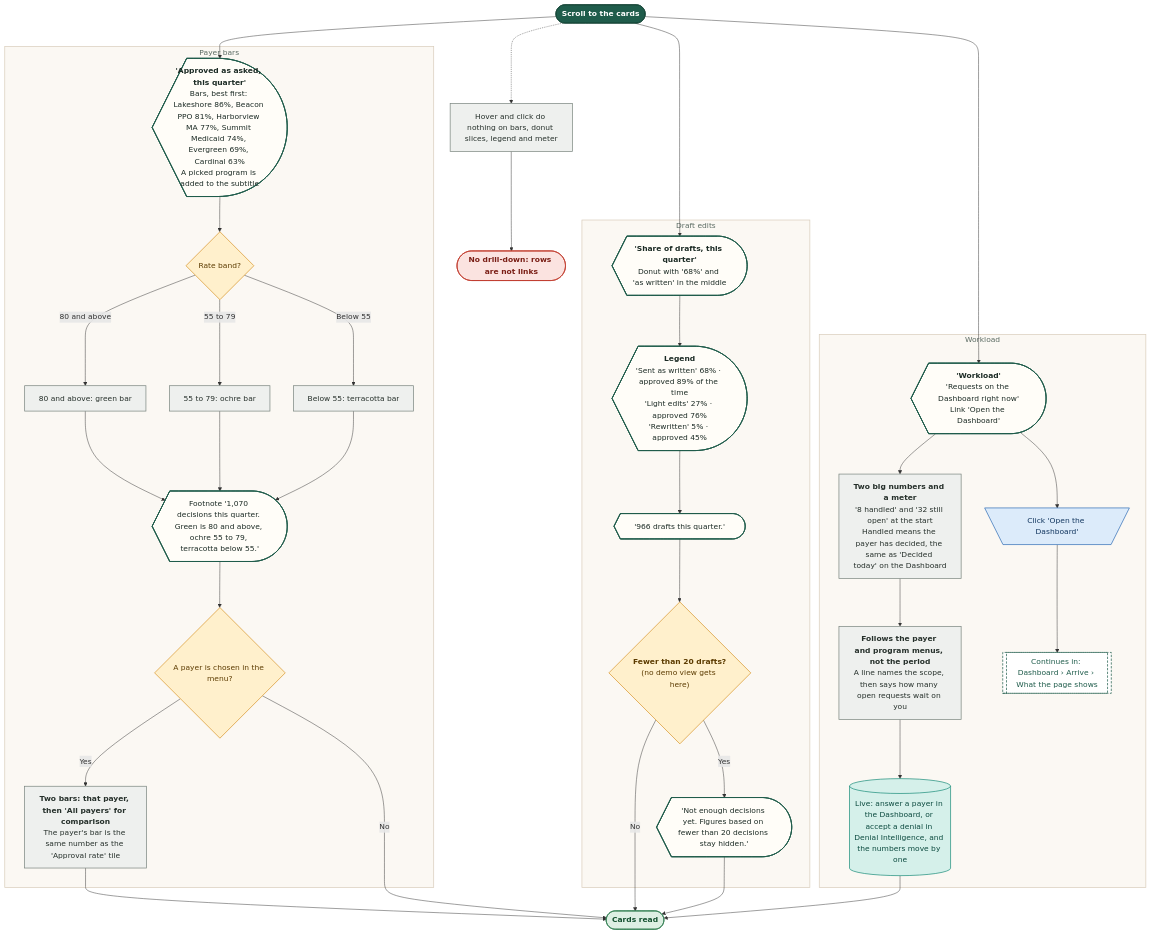
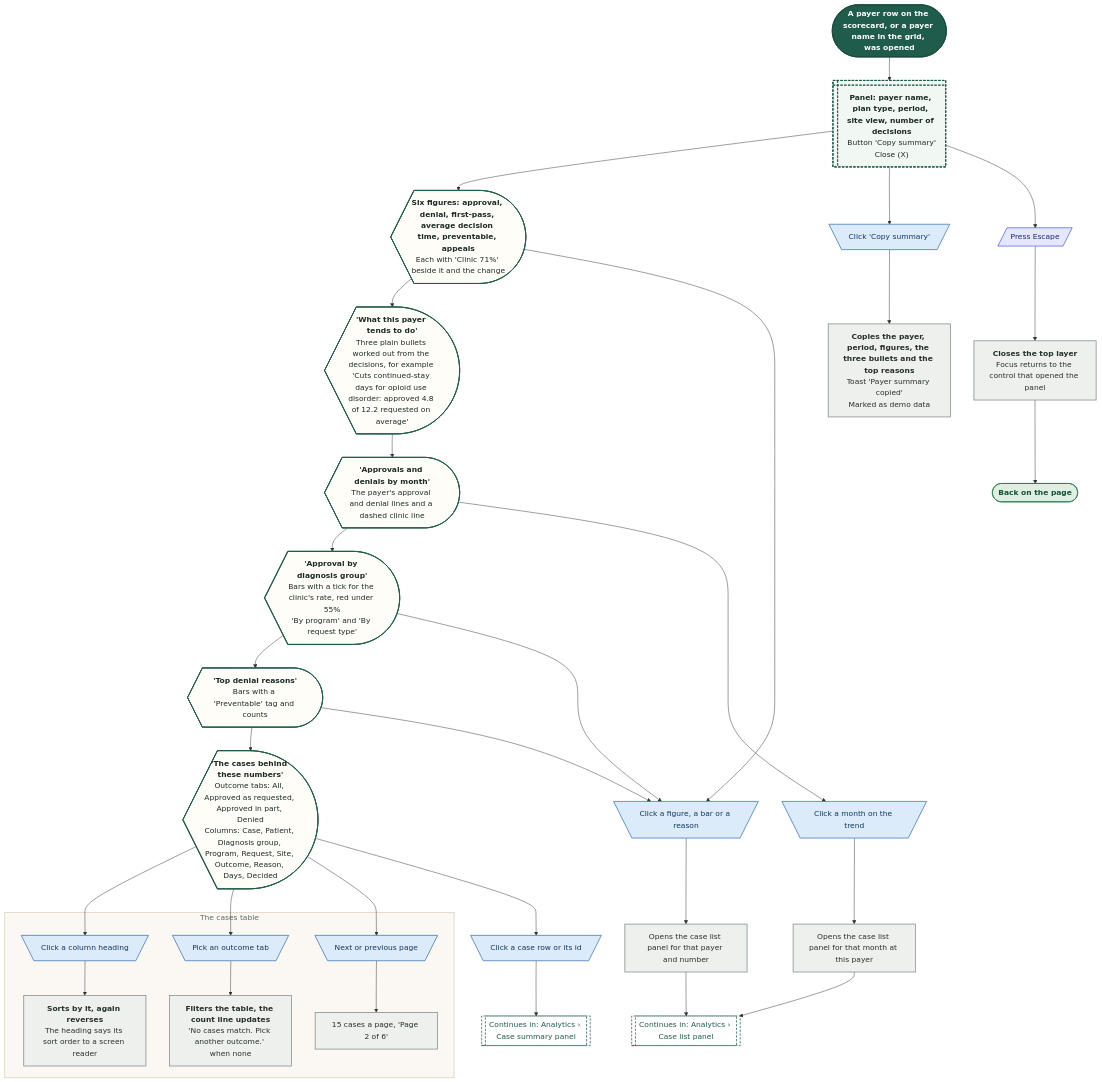
Before and after one commit to Shrav143/psyfloapp: the sixth of 18 diagrams in demos/prior-auth-demo/workflows/out/md/08-analytics.md, drawn with Mermaid. The commit also changed other lines of this file and 251 other files, not shown here.

First line of the commit message:
docs: rebuild the workflow diagrams (291) for round 4

````diff
--- a/demos/prior-auth-demo/workflows/out/md/08-analytics.md
+++ b/demos/prior-auth-demo/workflows/out/md/08-analytics.md
@@ -373,75 +349,66 @@
 ```mermaid
 %%{init: {"theme":"base","themeVariables":{"fontFamily":"'DM Sans', 'Segoe UI', system-ui, sans-serif","fontSize":"15px","lineColor":"#5B6B63","primaryTextColor":"#1C2B25","clusterBkg":"#FBF8F3","clusterBorder":"#D9CDBB","edgeLabelBackground":"#FFFFFF"},"flowchart":{"curve":"basis","nodeSpacing":36,"rankSpacing":48,"padding":12,"htmlLabels":true,"useMaxWidth":false,"wrappingWidth":230}} }%%
 flowchart TD
   classDef k_start fill:#1F5C4B,stroke:#174638,color:#FFFFFF,stroke-width:1.5px,font-weight:600
   classDef k_end fill:#DDEFE3,stroke:#2E7D4F,color:#14502F,stroke-width:1.5px,font-weight:600
   classDef k_endx fill:#FBE3E0,stroke:#C0392B,color:#7A1F16,stroke-width:1.5px,font-weight:600
   classDef k_screen fill:#FFFDF8,stroke:#1F5C4B,color:#1C2B25,stroke-width:2px
   classDef k_overlay fill:#F1F7F3,stroke:#1F5C4B,color:#1C2B25,stroke-width:2px,stroke-dasharray:5 3
   classDef k_click fill:#DCEBFA,stroke:#2F6DB5,color:#12365F,stroke-width:1.5px
   classDef k_input fill:#E4E7FF,stroke:#4C5FD5,color:#1D2670,stroke-width:1.5px
   classDef k_process fill:#EEF0EE,stroke:#7A857F,color:#26302B,stroke-width:1.5px
   classDef k_agent fill:#EEE5FA,stroke:#7A4FC2,color:#341A63,stroke-width:1.5px
   classDef k_decision fill:#FFF0CC,stroke:#D9962B,color:#5C3B00,stroke-width:1.5px
   classDef k_store fill:#D5F0EA,stroke:#1C8E7B,color:#0B4A3F,stroke-width:1.5px
   classDef k_doc fill:#F6E9DC,stroke:#B07A4C,color:#4A2E14,stroke-width:1.5px
   classDef k_ext fill:#FFE6D2,stroke:#E07B39,color:#6B2F06,stroke-width:1.5px
   classDef k_wait fill:#E4E8EE,stroke:#6B7C93,color:#26303D,stroke-width:1.5px
   classDef k_toast fill:#FFF9DB,stroke:#C9A400,color:#5A4A00,stroke-width:1.5px
   classDef k_goto fill:#FFFFFF,stroke:#1F5C4B,color:#1F5C4B,stroke-width:1.5px,stroke-dasharray:5 3
-  s1@{ shape: stadium, label: "Scroll to the cards" }
-  subgraph gBars ["Payer bars"]
-  b1@{ shape: curv-trap, label: "<b>'Approved as asked, this quarter'</b><br/>Bars, best first: Lakeshore 86%, Beacon PPO 81%, Harborview MA 77%, Summit Medicaid 74%, Evergreen 69%, Cardinal 63%<br/>A picked program is added to the subtitle" }
-  b2@{ shape: diam, label: "Rate band?" }
-  b3@{ shape: rect, label: "80 and above: green bar" }
-  b4@{ shape: rect, label: "55 to 79: ochre bar" }
-  b5@{ shape: rect, label: "Below 55: terracotta bar" }
-  b6@{ shape: curv-trap, label: "Footnote '1,070 decisions this quarter. Green is 80 and above, ochre 55 to 79, terracotta below 55.'" }
-  b7@{ shape: diam, label: "A payer is chosen in the menu?" }
-  b8@{ shape: rect, label: "<b>Two bars: that payer, then 'All payers' for comparison</b><br/>The payer's bar is the same number as the 'Approval rate' tile" }
+  s1@{ shape: stadium, label: "A payer row on the scorecard, or a payer name in the grid, was opened" }
+  o1@{ shape: win-pane, label: "<b>Panel: payer name, plan type, period, site view, number of decisions</b><br/>Button 'Copy summary'<br/>Close (X)" }
+  a1@{ shape: curv-trap, label: "<b>Six figures: approval, denial, first-pass, average decision time, preventable, appeals</b><br/>Each with 'Clinic 71%' beside it and the change" }
+  a2@{ shape: curv-trap, label: "<b>'What this payer tends to do'</b><br/>Three plain bullets worked out from the decisions, for example 'Cuts continued-stay days for opioid use disorder: approved 4.8 of 12.2 requested on average'" }
+  a3@{ shape: curv-trap, label: "<b>'Approvals and denials by month'</b><br/>The payer's approval and denial lines and a dashed clinic line" }
+  a4@{ shape: curv-trap, label: "<b>'Approval by diagnosis group'</b><br/>Bars with a tick for the clinic's rate, red under 55%<br/>'By program' and 'By request type'" }
+  a5@{ shape: curv-trap, label: "<b>'Top denial reasons'</b><br/>Bars with a 'Preventable' tag and counts" }
+  a6@{ shape: curv-trap, label: "<b>'The cases behind these numbers'</b><br/>Outcome tabs: All, Approved as requested, Approved in part, Denied<br/>Columns: Case, Patient, Diagnosis group, Program, Request, Site, Outcome, Reason, Days, Decided" }
+  c1@{ shape: trap-t, label: "Click a figure, a bar or a reason" }
+  p1@{ shape: rect, label: "Opens the case list panel for that payer and number" }
+  g1@{ shape: subproc, label: "Continues in: Analytics › Case list panel" }
+  c2@{ shape: trap-t, label: "Click a month on the trend" }
+  p2@{ shape: rect, label: "Opens the case list panel for that month at this payer" }
+  subgraph gTable ["The cases table"]
+  t1@{ shape: trap-t, label: "Click a column heading" }
+  t2@{ shape: rect, label: "<b>Sorts by it, again reverses</b><br/>The heading says its sort order to a screen reader" }
+  t3@{ shape: trap-t, label: "Pick an outcome tab" }
+  t4@{ shape: rect, label: "<b>Filters the table, the count line updates</b><br/>'No cases match. Pick another outcome.' when none" }
+  t5@{ shape: trap-t, label: "Next or previous page" }
+  t6@{ shape: rect, label: "15 cases a page, 'Page 2 of 6'" }
   end
-  subgraph gEdit ["Draft edits"]
-  d1@{ shape: curv-trap, label: "<b>'Share of drafts, this quarter'</b><br/>Donut with '68%' and 'as written' in the middle" }
-  d2@{ shape: curv-trap, label: "<b>Legend</b><br/>'Sent as written' 68% · approved 89% of the time<br/>'Light edits' 27% · approved 76%<br/>'Rewritten' 5% · approved 45%" }
-  d3@{ shape: curv-trap, label: "'966 drafts this quarter.'" }
-  d4@{ shape: diam, label: "<b>Fewer than 20 drafts?</b><br/>(no demo view gets here)" }
-  d5@{ shape: curv-trap, label: "'Not enough decisions yet. Figures based on fewer than 20 decisions stay hidden.'" }
-  end
-  subgraph gWork ["Workload"]
-  h1@{ shape: curv-trap, label: "<b>'Workload'</b><br/>'Requests on the Dashboard right now'<br/>Link 'Open the Dashboard'" }
-  h2@{ shape: rect, label: "<b>Two big numbers and a meter</b><br/>'8 handled' and '32 still open' at the start<br/>Handled means the payer has decided, the same as 'Decided today' on the Dashboard" }
-  h3@{ shape: rect, label: "<b>Follows the payer and program menus, not the period</b><br/>A line names the scope, then says how many open requests wait on you" }
-  h4@{ shape: cyl, label: "Live: answer a payer in the Dashboard, or accept a denial in Denial Intelligence, and the numbers move by one" }
-  h5@{ shape: trap-t, label: "Click 'Open the Dashboard'" }
-  h6@{ shape: subproc, label: "Continues in: Dashboard › Arrive › What the page shows" }
-  end
-  p1@{ shape: rect, label: "Hover and click do nothing on bars, donut slices, legend and meter" }
-  e1@{ shape: stadium, label: "Cards read" }
-  e2@{ shape: stadium, label: "No drill-down: rows are not links" }
-  s1 --> b1 & d1 & h1
-  b1 --> b2
-  b2 -->|"80 and above"| b3 --> b6
-  b2 -->|"55 to 79"| b4 --> b6
-  b2 -->|"Below 55"| b5 --> b6
-  b6 --> b7
-  b7 -->|"Yes"| b8 --> e1
-  b7 -->|"No"| e1
-  d1 --> d2 --> d3 --> d4
-  d4 -->|"No"| e1
-  d4 -->|"Yes"| d5 --> e1
-  h1 --> h2 --> h3 --> h4 --> e1
-  h1 --> h5 --> h6
-  s1 -.-> p1 --> e2
+  c3@{ shape: trap-t, label: "Click a case row or its id" }
+  g2@{ shape: subproc, label: "Continues in: Analytics › Case summary panel" }
+  b1@{ shape: trap-t, label: "Click 'Copy summary'" }
+  b2@{ shape: rect, label: "<b>Copies the payer, period, figures, the three bullets and the top reasons</b><br/>Toast 'Payer summary copied'<br/>Marked as demo data" }
+  k1@{ shape: lean-r, label: "Press Escape" }
+  k2@{ shape: rect, label: "<b>Closes the top layer</b><br/>Focus returns to the control that opened the panel" }
+  e1@{ shape: stadium, label: "Back on the page" }
+  s1 --> o1 --> a1 --> a2 --> a3 --> a4 --> a5 --> a6
+  a1 & a4 & a5 --> c1 --> p1 --> g1
+  a3 --> c2 --> p2 --> g1
+  a6 --> t1 --> t2
+  a6 --> t3 --> t4
+  a6 --> t5 --> t6
+  a6 --> c3 --> g2
+  o1 --> b1 --> b2
+  o1 --> k1 --> k2 --> e1
   class s1 k_start
-  class b1,b6,d1,d2,d3,d5,h1 k_screen
-  class b2,b7,d4 k_decision
-  class b3,b4,b5,b8,h2,h3,p1 k_process
-  class h4 k_store
-  class h5 k_click
-  class h6 k_goto
+  class o1 k_overlay
+  class a1,a2,a3,a4,a5,a6 k_screen
+  class c1,c2,t1,t3,t5,c3,b1 k_click
+  class p1,p2,t2,t4,t6,b2,k2 k_process
+  class g1,g2 k_goto
+  class k1 k_input
   class e1 k_end
-  class e2 k_endx
-  style gBars fill:#FBF8F3,stroke:#D9CDBB,stroke-width:1.5px,color:#5B6B63
-  style gEdit fill:#FBF8F3,stroke:#D9CDBB,stroke-width:1.5px,color:#5B6B63
-  style gWork fill:#FBF8F3,stroke:#D9CDBB,stroke-width:1.5px,color:#5B6B63
+  style gTable fill:#FBF8F3,stroke:#D9CDBB,stroke-width:1.5px,color:#5B6B63
 ```
````
